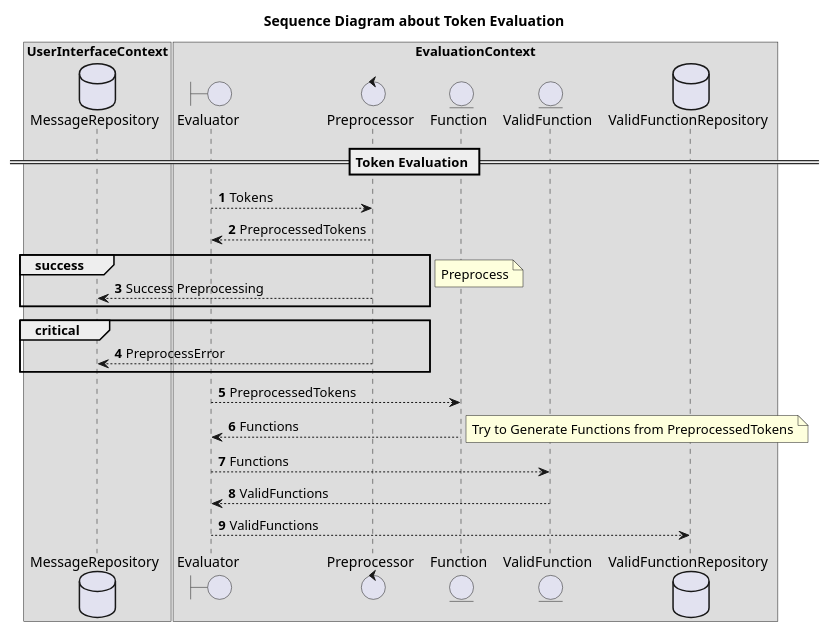
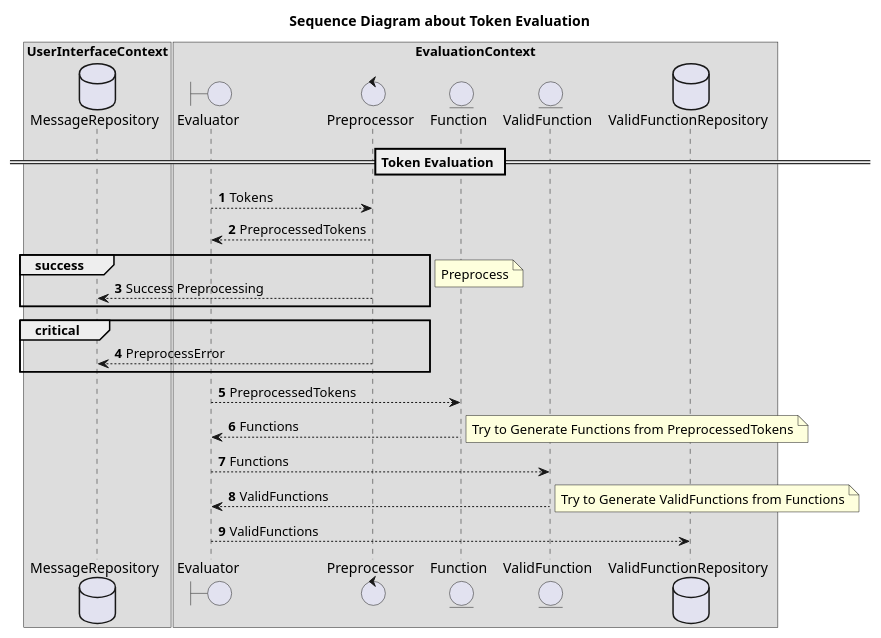
One commit to megumish/megulang changed the diagram in design/token_evaluation.pu. Above: the diagram before and after it, drawn with PlantUML. The commit also changed 1 other file, not shown here.

Commit message:
add compile to il sequence diagram

```diff
--- a/design/token_evaluation.pu
+++ b/design/token_evaluation.pu
@@ -1,42 +1,43 @@
 @startuml
 title Sequence Diagram about Token Evaluation
 autonumber
 
 database MessageRepository
 
 boundary Evaluator
 control Preprocessor
 entity Function
 entity ValidFunction
 database ValidFunctionRepository
 
 box UserInterfaceContext
     participant MessageRepository
 end box
 
 box EvaluationContext
     participant Evaluator
     participant Preprocessor
     participant Function
     participant ValidFunction
     participant ValidFunctionRepository
 end box
 
 == Token Evaluation ==
 Evaluator --> Preprocessor: Tokens
 Evaluator <-- Preprocessor: PreprocessedTokens
 group success
 Preprocessor --> MessageRepository: Success Preprocessing
 end
 note right: Preprocess
 critical
 Preprocessor --> MessageRepository: PreprocessError
 end
 Evaluator --> Function: PreprocessedTokens
 Evaluator <-- Function: Functions
 note right: Try to Generate Functions from PreprocessedTokens
 Evaluator --> ValidFunction: Functions
 Evaluator <-- ValidFunction: ValidFunctions
+note right: Try to Generate ValidFunctions from Functions
 Evaluator --> ValidFunctionRepository: ValidFunctions
 
 @enduml
```
